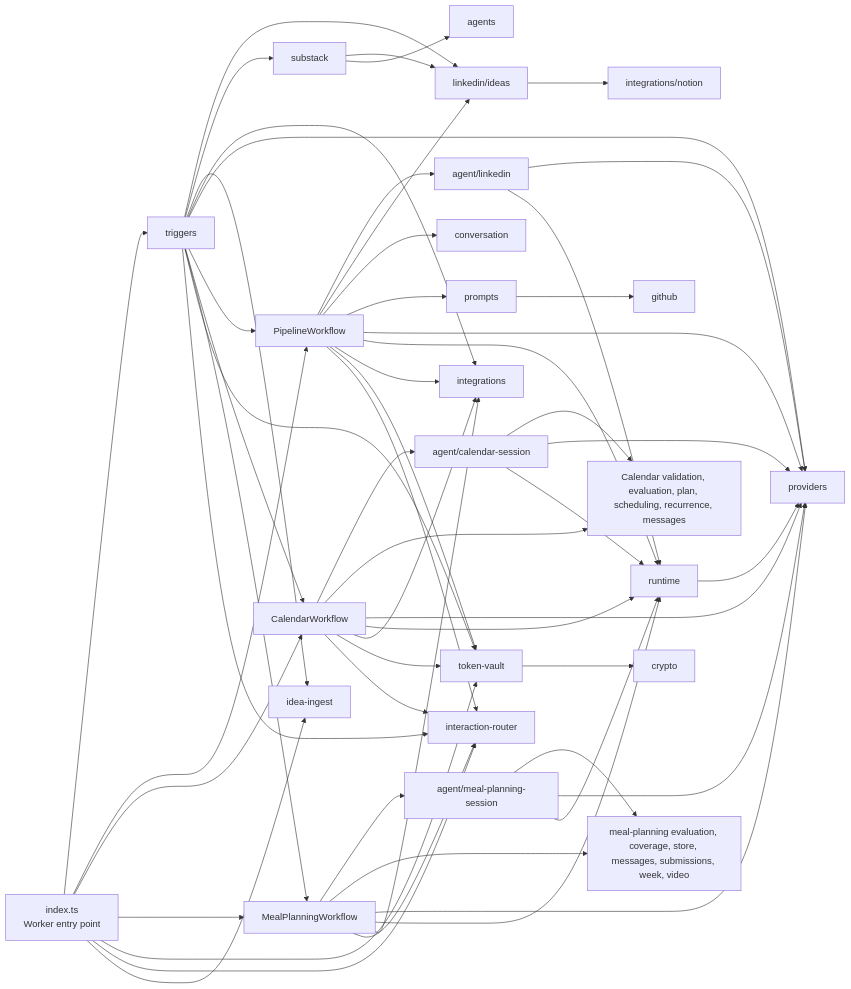
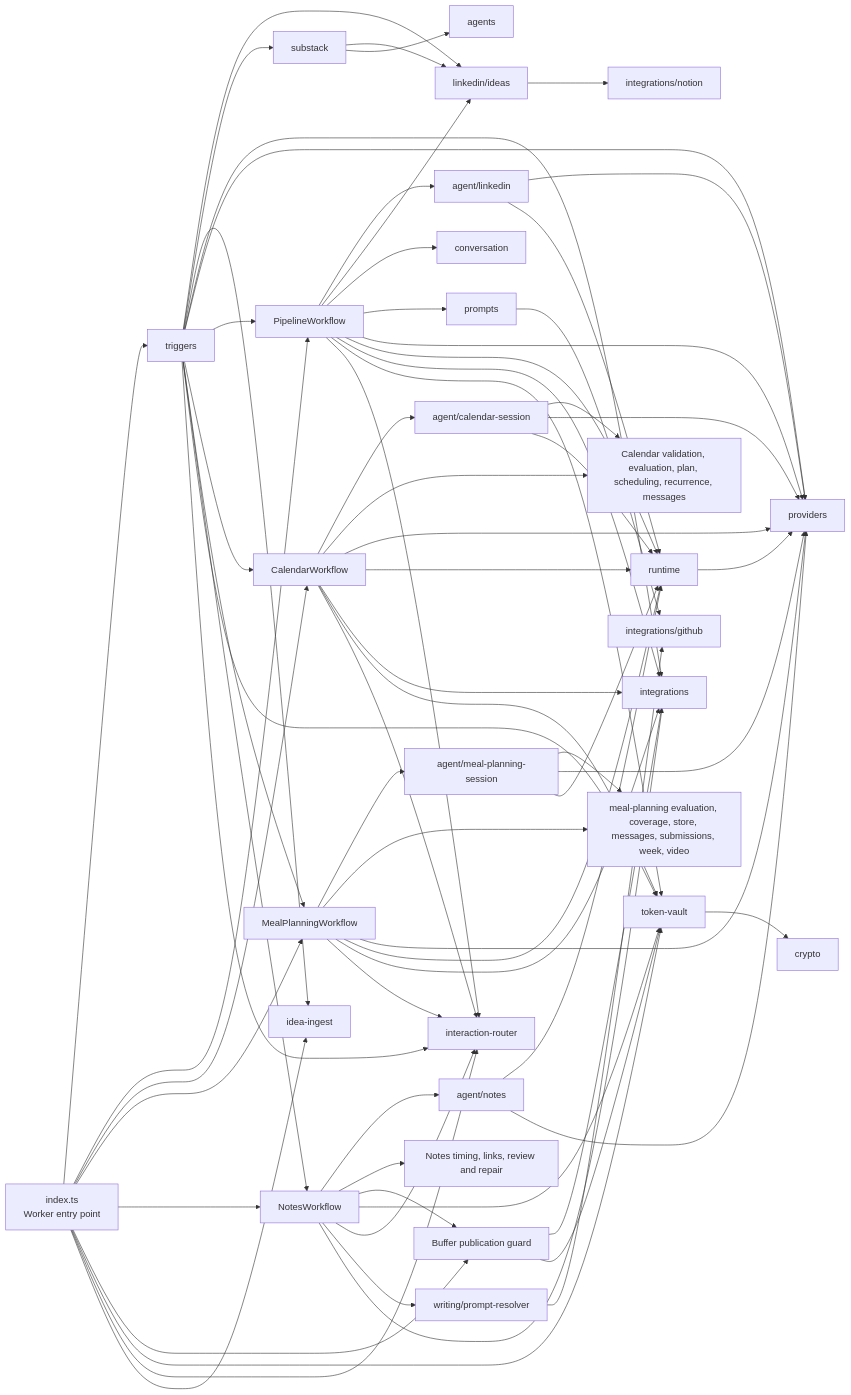
Before and after one commit to satwikhebbar/kipp: the diagram in docs/architecture/modules.md, drawn with Mermaid. The commit also changed other lines of this file and 13 other files, not shown here.

````diff
--- a/docs/architecture/modules.md
+++ b/docs/architecture/modules.md
@@ -9,61 +9,77 @@
 ```mermaid
 flowchart LR
   entry["index.ts\nWorker entry point"] --> triggers["triggers"]
   entry --> linkedin_workflow["PipelineWorkflow"]
   entry --> calendar_workflow["CalendarWorkflow"]
   entry --> meal_workflow["MealPlanningWorkflow"]
+  entry --> notes_workflow["NotesWorkflow"]
+  entry --> publication["Buffer publication guard"]
   entry --> vault["token-vault"]
   entry --> router["interaction-router"]
   entry --> ingest["idea-ingest"]
 
   triggers --> ideas["linkedin/ideas"]
   triggers --> substack["substack"]
   triggers --> ingest
   triggers --> integrations["integrations"]
   triggers --> providers["providers"]
   triggers --> linkedin_workflow
   triggers --> calendar_workflow
   triggers --> meal_workflow
+  triggers --> notes_workflow
   triggers --> vault
   triggers --> router
 
   linkedin_workflow --> linkedin_agent["agent/linkedin"]
   linkedin_workflow --> ideas
   linkedin_workflow --> conversation["conversation"]
   linkedin_workflow --> prompts["prompts"]
   linkedin_workflow --> providers
   linkedin_workflow --> runtime["runtime"]
   linkedin_workflow --> integrations
   linkedin_workflow --> vault
   linkedin_workflow --> router
 
   calendar_workflow --> calendar_agent["agent/calendar-session"]
   calendar_workflow --> calendar_domain["Calendar validation, evaluation, plan, scheduling, recurrence, messages"]
   calendar_workflow --> providers
   calendar_workflow --> runtime
   calendar_workflow --> integrations
   calendar_workflow --> vault
   calendar_workflow --> router
 
   meal_workflow --> meal_agent["agent/meal-planning-session"]
   meal_workflow --> meal_domain["meal-planning evaluation, coverage, store, messages, submissions, week, video"]
   meal_workflow --> providers
   meal_workflow --> runtime
   meal_workflow --> integrations
   meal_workflow --> router
 
+  notes_workflow --> notes_agent["agent/notes"]
+  notes_workflow --> notes_domain["Notes timing, links, review and repair"]
+  notes_workflow --> publication
+  notes_workflow --> vault
+  notes_workflow --> router
+  notes_workflow --> writing["writing/prompt-resolver"]
+  notes_workflow --> integrations
+  notes_agent --> runtime
+  notes_agent --> providers
+  publication --> integrations
+  publication --> vault
+  writing --> github["integrations/github"]
+
   ideas --> notion["integrations/notion"]
   substack --> ideas
   substack --> agents
   prompts --> github
   linkedin_agent --> providers
   linkedin_agent --> runtime
   calendar_agent --> calendar_domain
   calendar_agent --> providers
   calendar_agent --> runtime
   meal_agent --> meal_domain
   meal_agent --> providers
   meal_agent --> runtime
   runtime --> providers
   vault --> crypto["crypto"]
 ```
````
